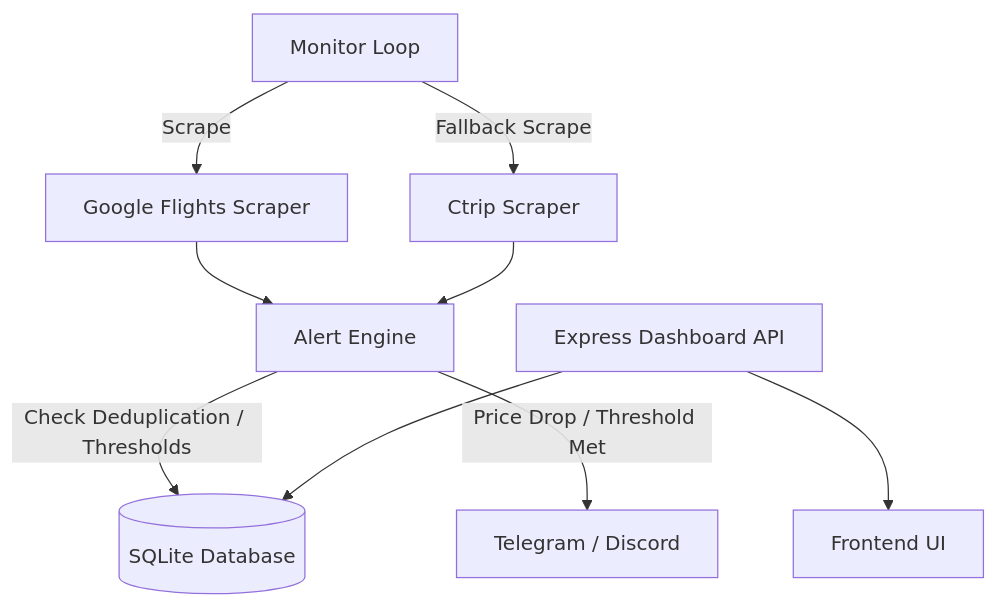
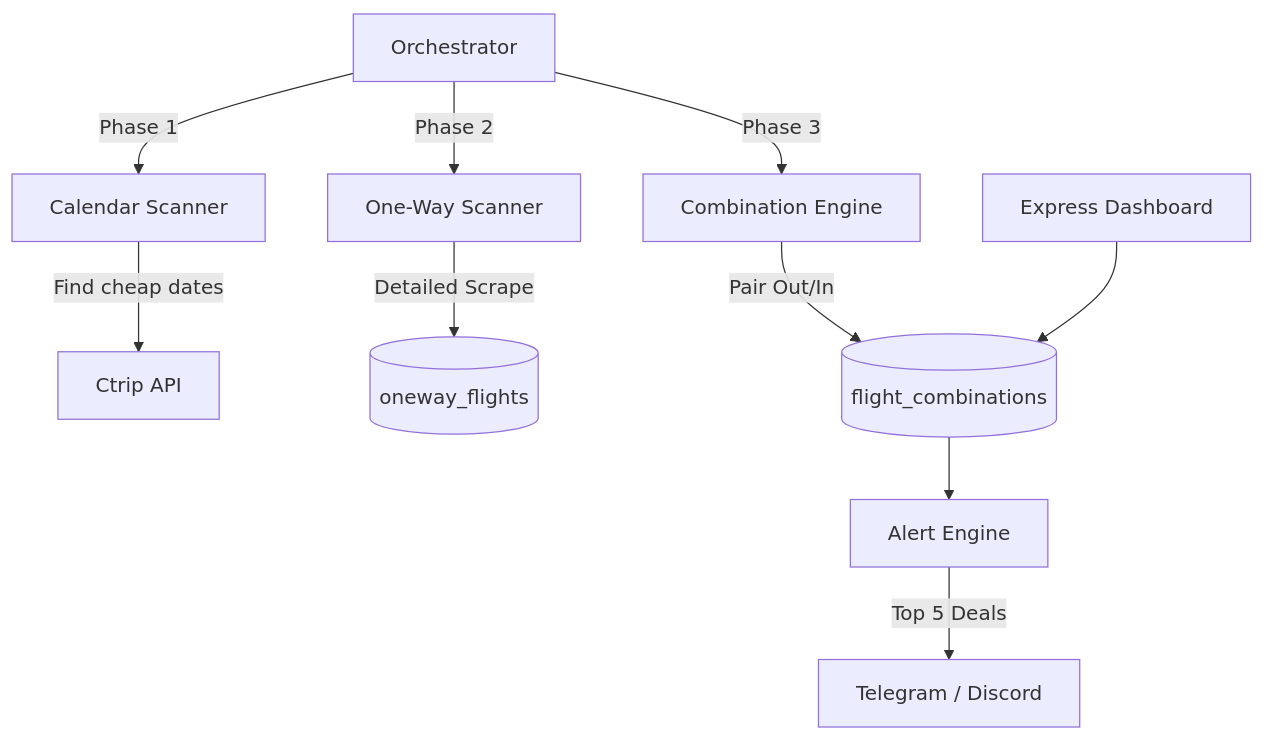
The diagram in README.md (jin0502/flight-monitor), drawn with Mermaid before and after one commit. The commit also changed other lines of this file and 22 other files, not shown here.

Commit message:
feat: implement flight scanning engine and web dashboard with Playwright and SQLite support

````diff
--- a/README.md
+++ b/README.md
@@ -7,11 +9,12 @@
 ```mermaid
 graph TD;
-    A[Monitor Loop] -->|Scrape| B[Google Flights Scraper];
-    A -->|Fallback Scrape| C[Ctrip Scraper];
-    B --> D[Alert Engine];
-    C --> D[Alert Engine];
-    D -->|Check Deduplication / Thresholds| E[(SQLite Database)];
-    D -->|Price Drop / Threshold Met| F[Telegram / Discord];
-    G[Express Dashboard API] --> E;
-    G --> H[Frontend UI];
+    A[Orchestrator] -->|Phase 1| B[Calendar Scanner];
+    B -->|Find cheap dates| C[Ctrip API];
+    A -->|Phase 2| D[One-Way Scanner];
+    D -->|Detailed Scrape| E[(oneway_flights)];
+    A -->|Phase 3| F[Combination Engine];
+    F -->|Pair Out/In| G[(flight_combinations)];
+    G --> H[Alert Engine];
+    H -->|Top 5 Deals| I[Telegram / Discord];
+    J[Express Dashboard] --> G;
 ```
````
